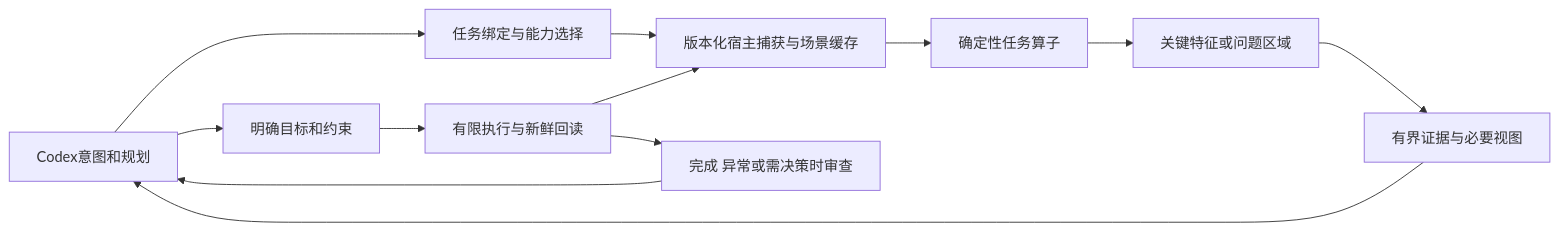
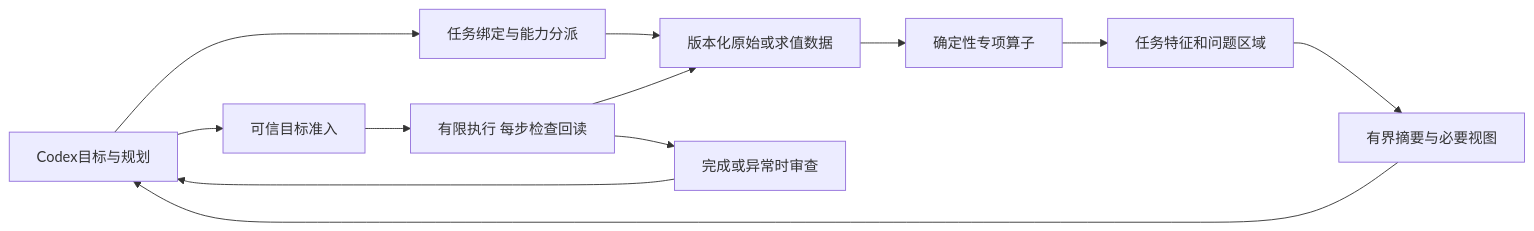
Before and after one commit to swenbo1-web/human-eye: the diagram in docs/PRODUCT_ROADMAP.md, drawn with Mermaid. The commit also changed other lines of this file and 9 other files, not shown here.

Commit message:
Document architecture feasibility and consolidate the sole delivery plan

````diff
--- a/docs/PRODUCT_ROADMAP.md
+++ b/docs/PRODUCT_ROADMAP.md
@@ -17,14 +27,14 @@
 ```mermaid
 flowchart LR
-    A[Codex意图和规划] --> B[任务绑定与能力选择]
-    B --> C[版本化宿主捕获与场景缓存]
-    C --> D[确定性任务算子]
-    D --> E[关键特征或问题区域]
-    E --> F[有界证据与必要视图]
+    A[Codex目标与规划] --> B[任务绑定与能力分派]
+    B --> C[版本化原始或求值数据]
+    C --> D[确定性专项算子]
+    D --> E[任务特征和问题区域]
+    E --> F[有界摘要与必要视图]
     F --> A
-    A --> G[明确目标和约束]
-    G --> H[有限执行与新鲜回读]
+    A --> G[可信目标准入]
+    G --> H[有限执行 每步检查回读]
     H --> C
-    H --> I[完成 异常或需决策时审查]
+    H --> I[完成或异常时审查]
     I --> A
 ```
````
